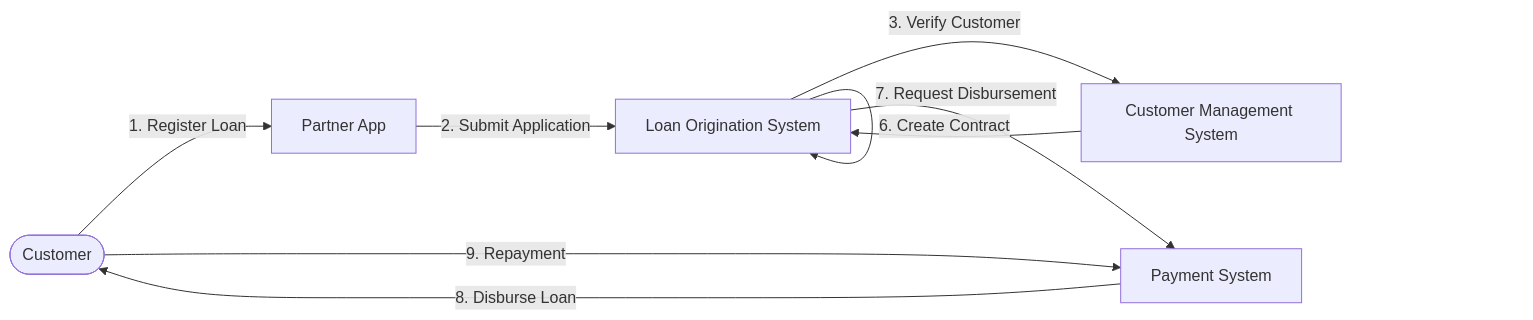
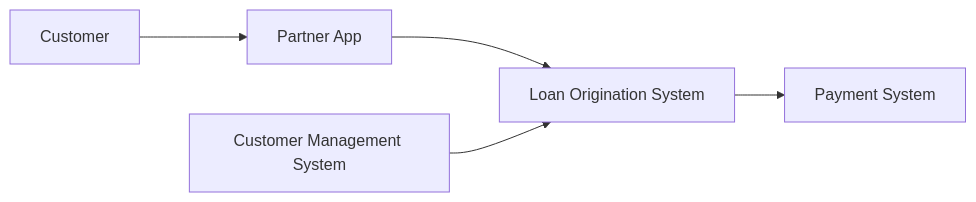
The diagram in docs/03_Business_Process_ver0.1.md (kianlecode/consumer-finance-analytics-platform), drawn with Mermaid before and after one commit. The commit also changed other lines of this file and 6 other files, not shown here.

Commit message:
Update architecture documents and learning roadmap

````diff
--- a/docs/03_Business_Process_ver0.1.md
+++ b/docs/03_Business_Process_ver0.1.md
@@ -13,33 +15,21 @@
 ```mermaid
 flowchart LR
 
-Customer([Customer])
+Customer["Customer"]
 
 Partner["Partner App"]
 
+CMS["Customer Management System"]
+
 LOS["Loan Origination System"]
-
-CMS["Customer Management System"]
 
 Payment["Payment System"]
 
-Customer -->|1. Register Loan| Partner
+Customer --> Partner
 
-Partner -->|2. Submit Application| LOS
-
-LOS -->|3. Verify Customer| CMS
+Partner --> LOS
 
 CMS --> LOS
 
-LOS -->|4. Evaluate Application| LOS
-
-LOS -->|5. Approve / Reject| LOS
-
-LOS -->|6. Create Contract| LOS
-
-LOS -->|7. Request Disbursement| Payment
-
-Payment -->|8. Disburse Loan| Customer
-
-Customer -->|9. Repayment| Payment
+LOS --> Payment
 ```
````
